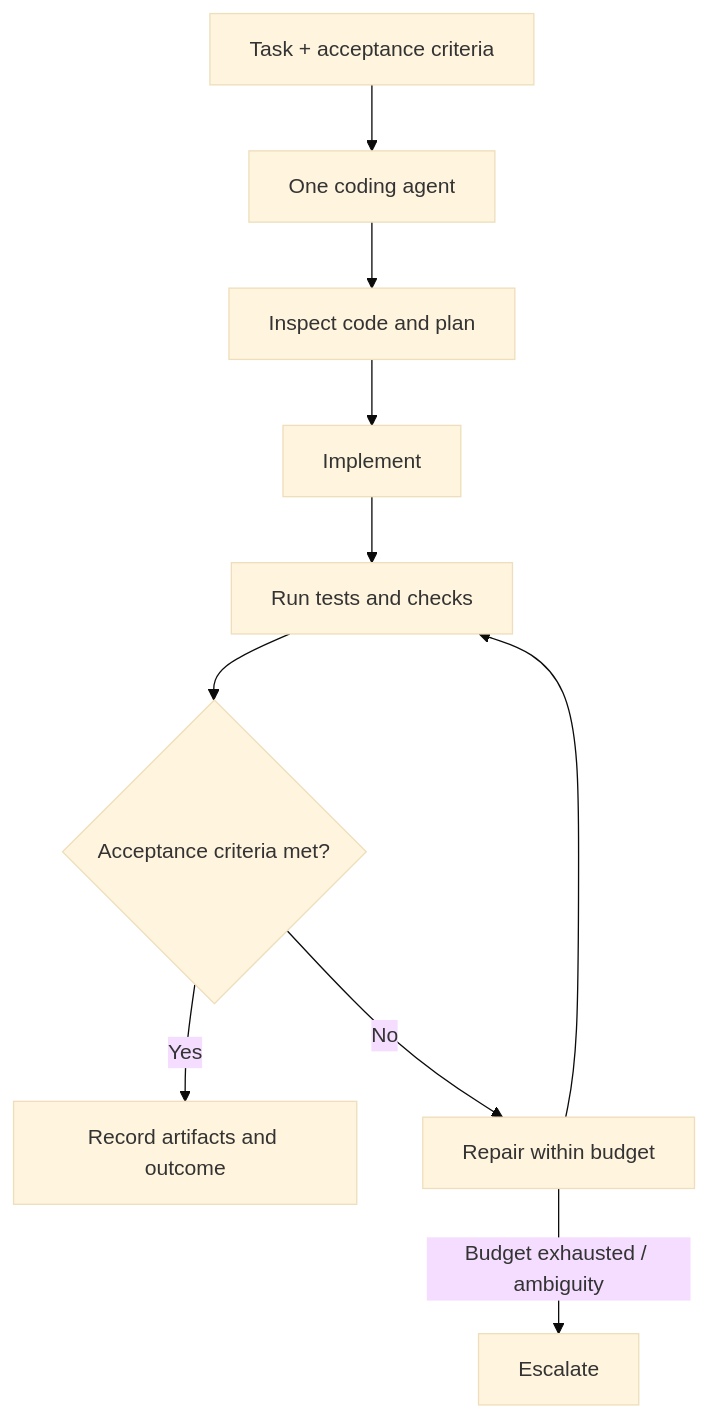
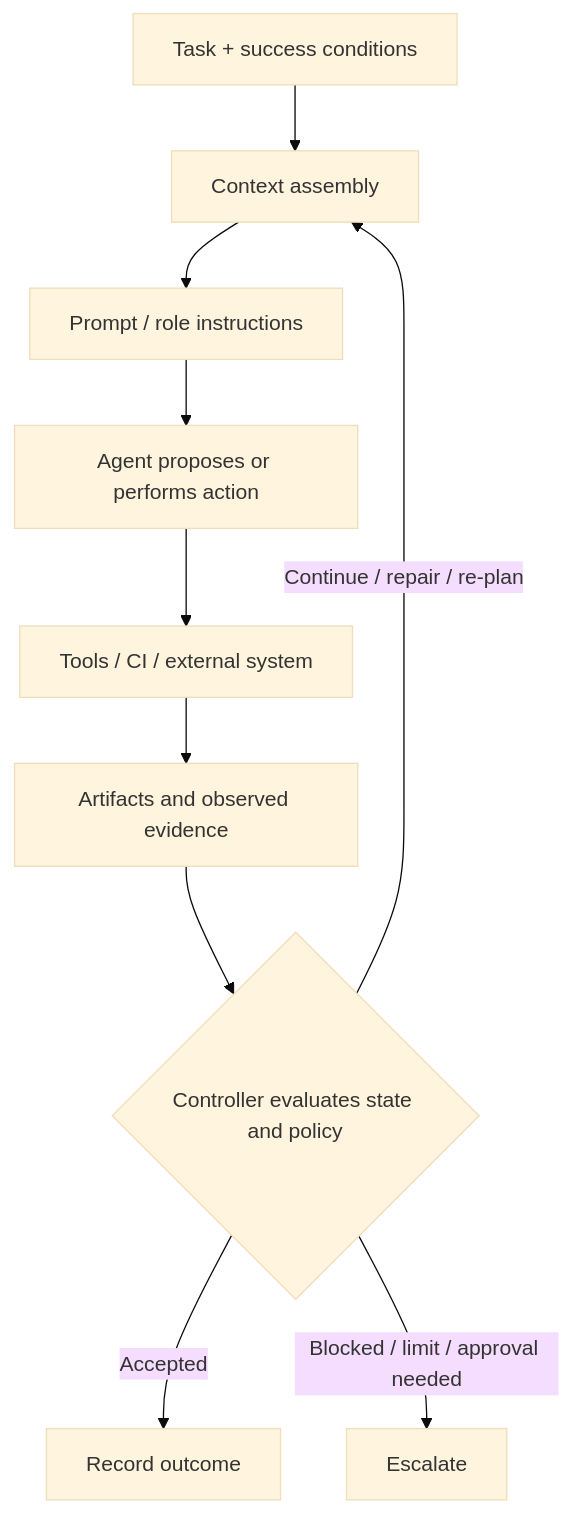
One commit to alexEnsimag/eoks changed the diagram in docs/execution-walkthroughs.md. Above: the diagram before and after it, drawn with Mermaid (base theme). The commit also changed other lines of this file, not shown here.

```diff
--- a/docs/execution-walkthroughs.md
+++ b/docs/execution-walkthroughs.md
@@ -29,12 +90,12 @@
 ~~~mermaid
 flowchart TD
-    T[Task + acceptance criteria] --> A[One coding agent]
-    A --> C[Inspect code and plan]
-    C --> I[Implement]
-    I --> V[Run tests and checks]
-    V --> E{Acceptance criteria met?}
-    E -- Yes --> O[Record artifacts and outcome]
-    E -- No --> R[Repair within budget]
-    R --> V
-    R -- Budget exhausted / ambiguity --> H[Escalate]
+    T[Task + success conditions] --> C[Context assembly]
+    C --> P[Prompt / role instructions]
+    P --> A[Agent proposes or performs action]
+    A --> X[Tools / CI / external system]
+    X --> E[Artifacts and observed evidence]
+    E --> D{Controller evaluates state and policy}
+    D -- Continue / repair / re-plan --> C
+    D -- Accepted --> O[Record outcome]
+    D -- Blocked / limit / approval needed --> H[Escalate]
 ~~~
```
